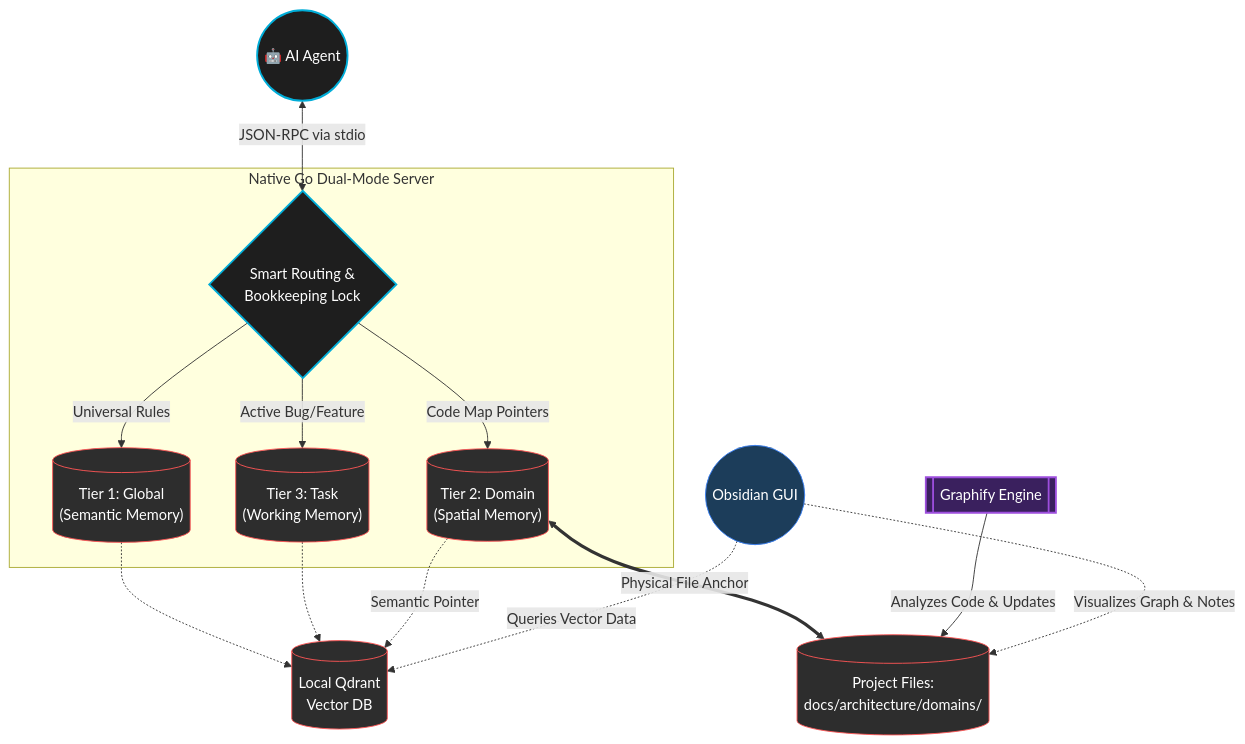
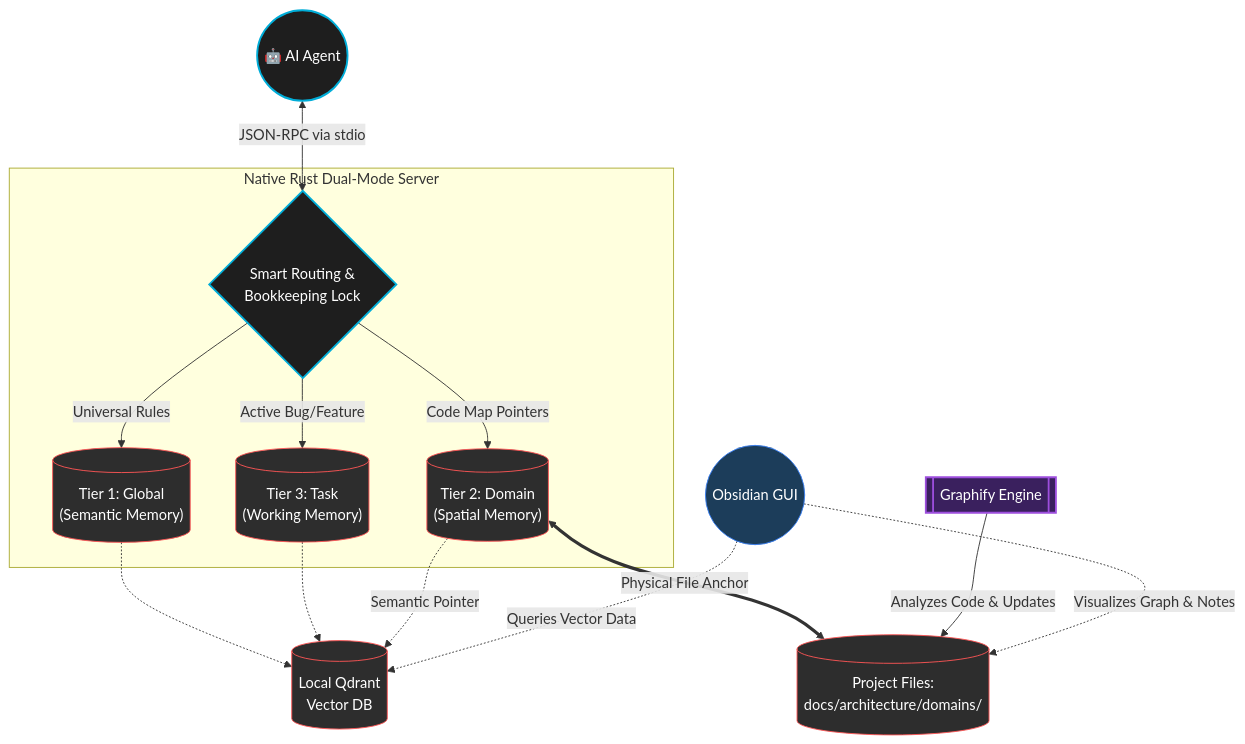
Before and after one commit to Cognilogical/NeuroStrata: the diagram in README.md, drawn with Mermaid. The commit also changed other lines of this file and 2 other files, not shown here.

Commit message:
docs: remove golang references and add rust badge

````diff
--- a/README.md
+++ b/README.md
@@ -57,42 +69,42 @@
 ```mermaid
 graph TD
     Agent((🤖 AI Agent))
     
-    subgraph NeuroStrataServer [Native Go Dual-Mode Server]
+    subgraph NeuroStrataServer [Native Rust Dual-Mode Server]
         Router{Smart Routing &<br/>Bookkeeping Lock}
         
         Tier1[("Tier 1: Global<br/>(Semantic Memory)")]
         Tier2[("Tier 2: Domain<br/>(Spatial Memory)")]
         Tier3[("Tier 3: Task<br/>(Working Memory)")]
     end
     
     Qdrant[(Local Qdrant<br/>Vector DB)]
     PointerWiki[(Project Files:<br/>docs/architecture/domains/)]
     Obsidian((Obsidian GUI))
     Graphify[[Graphify Engine]]
     
     Agent <-->|JSON-RPC via stdio| Router
     Router -->|Universal Rules| Tier1
     Router -->|Code Map Pointers| Tier2
     Router -->|Active Bug/Feature| Tier3
     
     Tier1 -.-> Qdrant
     Tier3 -.-> Qdrant
     Tier2 -.->|Semantic Pointer| Qdrant
     Tier2 <==>|Physical File Anchor| PointerWiki
     
     Graphify -->|Analyzes Code & Updates| PointerWiki
     
     Obsidian -.->|Visualizes Graph & Notes| PointerWiki
     Obsidian -.->|Queries Vector Data| Qdrant
 
     classDef core fill:#1e1e1e,stroke:#00ADD8,stroke-width:2px,color:#fff;
     classDef memory fill:#2d2d2d,stroke:#ff5555,stroke-width:1px,color:#fff;
     classDef engine fill:#3a205e,stroke:#9d4edd,stroke-width:2px,color:#fff;
     classDef tool fill:#1c3d5a,stroke:#3b82f6,stroke-width:1px,color:#fff;
     
     class Agent,Router core;
     class Tier1,Tier2,Tier3,Qdrant,PointerWiki memory;
     class Graphify engine;
     class Obsidian tool;
 ```
````
